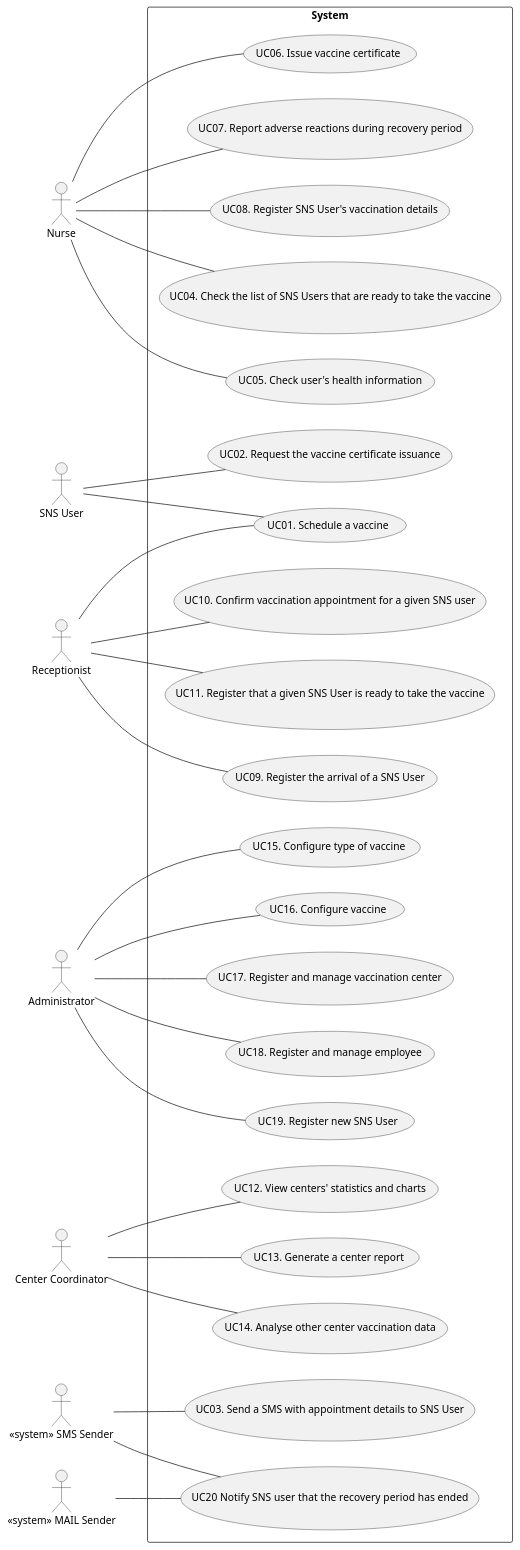
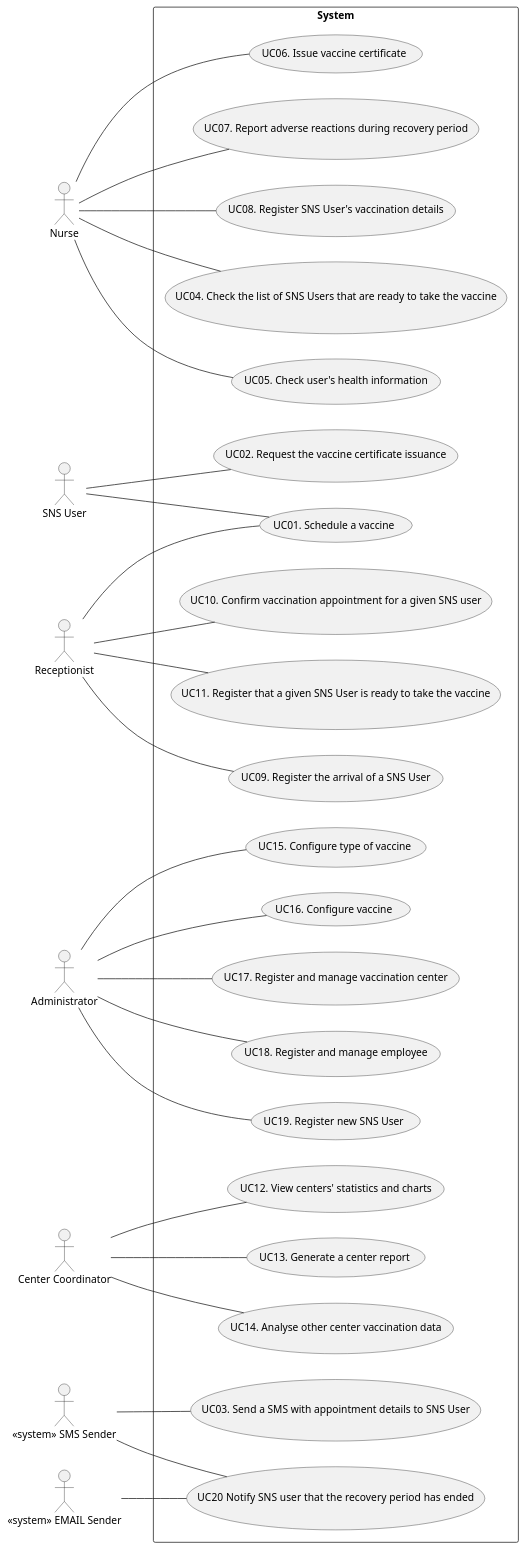
One commit to miseEnPlace-i/lapr2 changed the diagram in docs/SprintA/UCD.puml. Above: the diagram before and after it, drawn with PlantUML. The commit also changed 5 other files, not shown here.

```diff
--- a/docs/SprintA/UCD.puml
+++ b/docs/SprintA/UCD.puml
@@ -1,59 +1,59 @@
 @startuml UCD
 
 left to right direction
 
 actor "SNS User" as user
 actor "Nurse" as nurse
 actor "Receptionist" as recept
 actor "Administrator" as admin
 actor "Center Coordinator" as coordinator
 actor "<< system >> SMS Sender" as dgs
-actor "<< system >> MAIL Sender" as dgsMail
+actor "<< system >> EMAIL Sender" as dgsMail
 
 rectangle System {
   usecase "UC01. Schedule a vaccine" as UC01
   usecase "UC02. Request the vaccine certificate issuance" as UC02
   usecase "UC03. Send a SMS with appointment details to SNS User" as UC03
   usecase "UC04. Check the list of SNS Users that are ready to take the vaccine" as UC05
   usecase "UC05. Check user's health information" as UC06
   usecase "UC06. Issue vaccine certificate" as UC07
   usecase "UC07. Report adverse reactions during recovery period" as UC08
   usecase "UC08. Register SNS User's vaccination details" as UC09
   usecase "UC09. Register the arrival of a SNS User" as UC10
   usecase "UC10. Confirm vaccination appointment for a given SNS user" as UC11
   usecase "UC11. Register that a given SNS User is ready to take the vaccine" as UC12
   usecase "UC12. View centers' statistics and charts" as UC13
   usecase "UC13. Generate a center report" as UC14
   usecase "UC14. Analyse other center vaccination data" as UC15
   usecase "UC15. Configure type of vaccine" as UC16
   usecase "UC16. Configure vaccine" as UC17
   usecase "UC17. Register and manage vaccination center" as UC18
   usecase "UC18. Register and manage employee" as UC19
   usecase "UC19. Register new SNS User" as UC20
   usecase "UC20  Notify SNS user that the recovery period has ended" as UC21
 }
 
 user -- UC01
 user -- UC02
 dgs -- UC03
 recept -- UC01
 nurse -- UC05
 nurse -- UC06
 nurse -- UC07
 nurse -- UC08
 nurse -- UC09
 recept -- UC10
 recept -- UC11
 recept -- UC12
 coordinator -- UC13
 coordinator -- UC14
 coordinator -- UC15
 admin -- UC16
 admin -- UC17
 admin -- UC18
 admin -- UC19
 admin -- UC20
 dgs -- UC21
 dgsMail -- UC21
 
 @enduml
```
